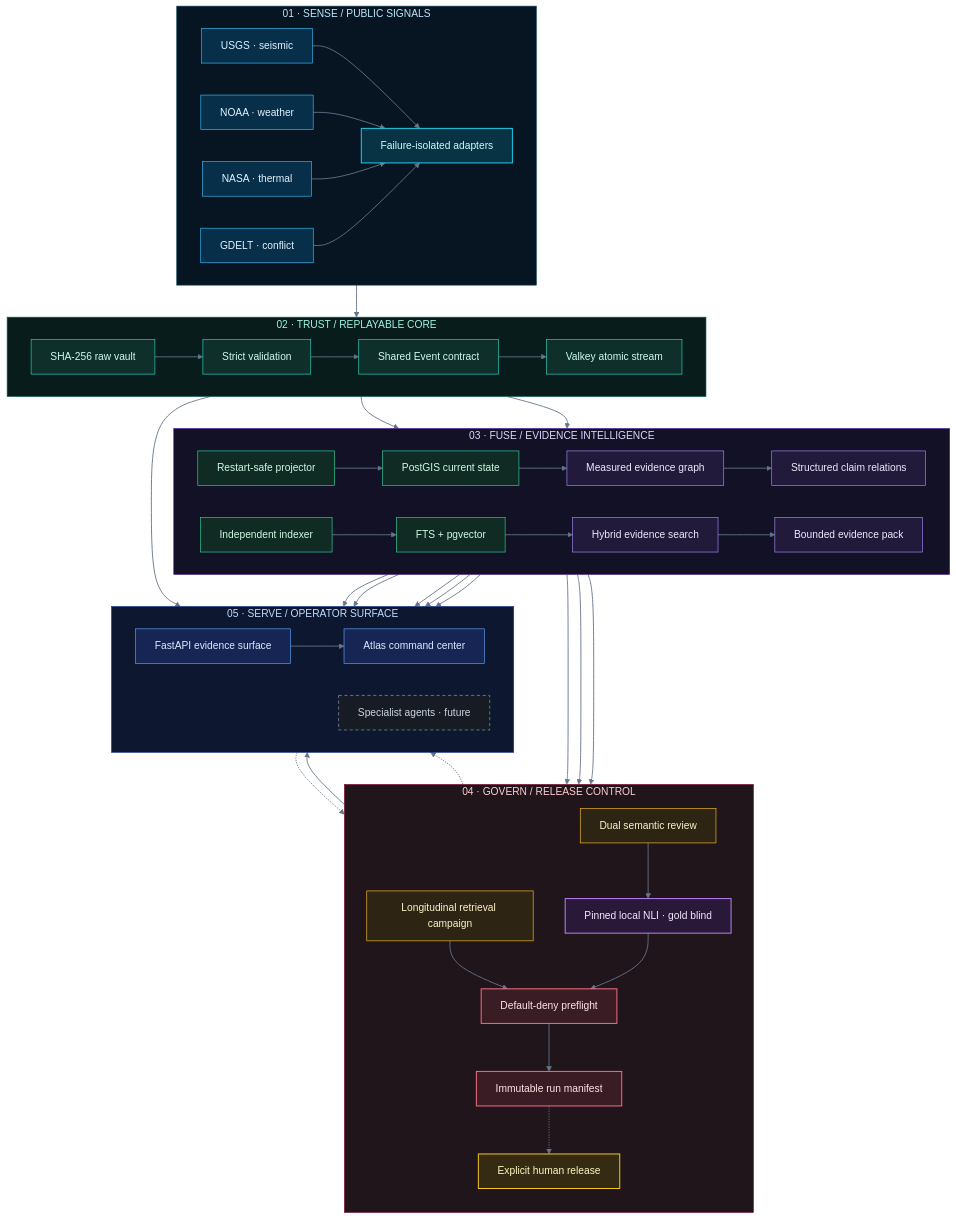
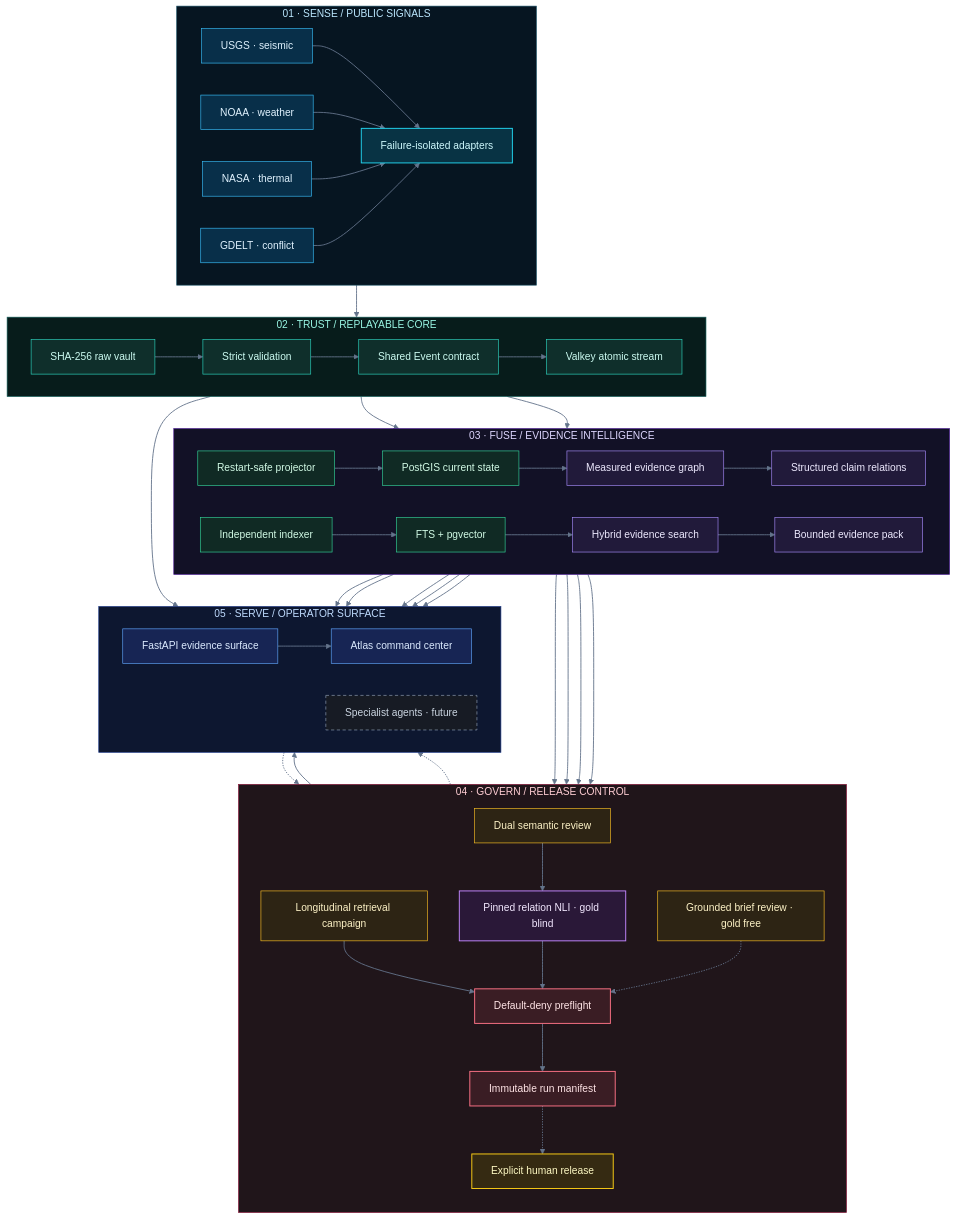
One commit to Thivas12/atlas-pulse changed the diagram in README.md. Above: the diagram before and after it, drawn with Mermaid. The commit also changed other lines of this file and 16 other files, not shown here.

Commit message:
feat: add gold-free grounded answer evaluation (#31)

```diff
--- a/README.md
+++ b/README.md
@@ -111,7 +117,8 @@
         direction TB
         RETRIEVAL_REVIEW["Longitudinal retrieval campaign"]:::review
         RELATION_REVIEW["Dual semantic review"]:::review
-        CANDIDATE["Pinned local NLI · gold blind"]:::sandbox
+        CANDIDATE["Pinned relation NLI · gold blind"]:::sandbox
+        ANSWER_REVIEW["Grounded brief review · gold free"]:::review
         PREFLIGHT["Default-deny preflight"]:::gate
         MANIFEST["Immutable run manifest"]:::gate
         HUMAN["Explicit human release"]:::human
@@ -128,6 +135,8 @@
     STREAM --> INDEXER
     SEARCH --> RETRIEVAL_REVIEW --> PREFLIGHT
     CLAIMS --> RELATION_REVIEW --> CANDIDATE --> PREFLIGHT
+    PACK --> ANSWER_REVIEW
+    ANSWER_REVIEW -.-> PREFLIGHT
     PACK --> PREFLIGHT --> MANIFEST
     STREAM --> API
     POSTGIS --> API
```
